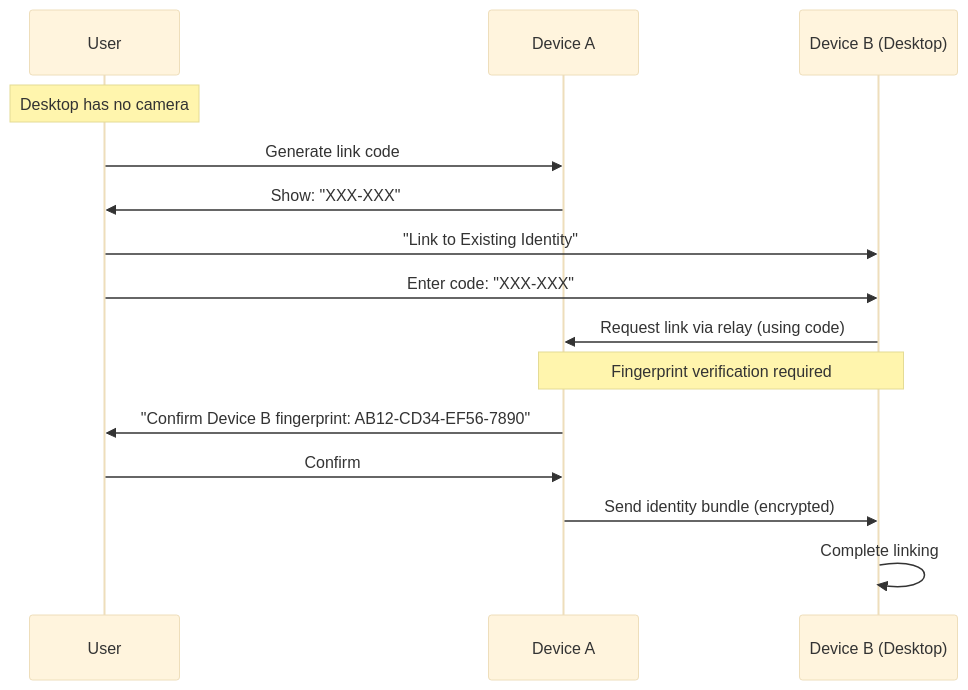
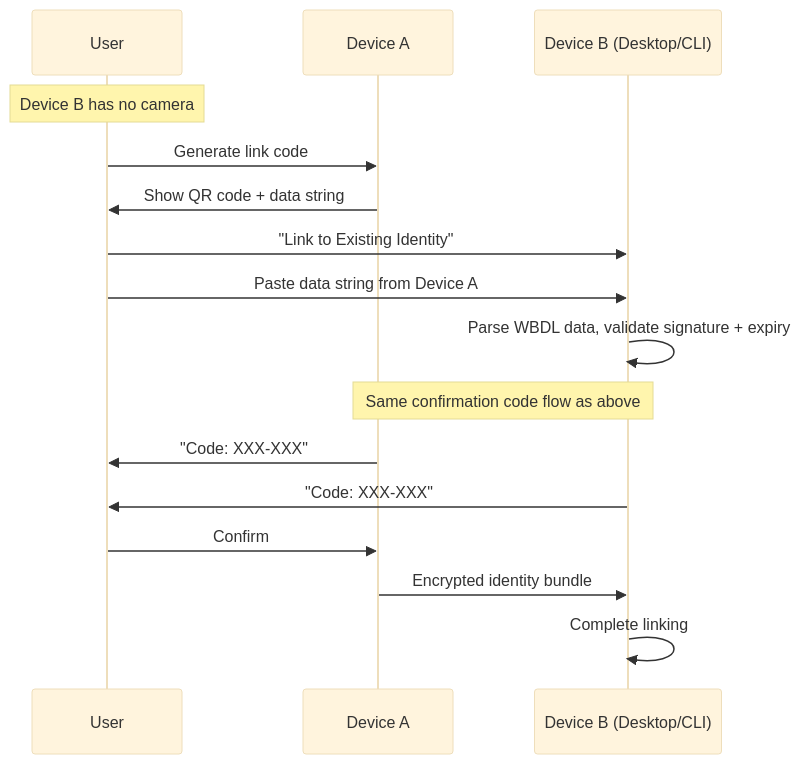
One commit to vauchi/docs changed the second of 3 diagrams in docs/developers/diagrams/device-linking.md. Above: the diagram before and after it, drawn with Mermaid (base theme). The commit also changed other lines of this file and 2 other files, not shown here.

First line of the commit message:
docs: Update device linking documentation to match implementation

````diff
--- a/docs/developers/diagrams/device-linking.md
+++ b/docs/developers/diagrams/device-linking.md
@@ -156,22 +172,23 @@
 ```mermaid
 sequenceDiagram
     participant U as User
     participant DA as Device A
-    participant DB as Device B (Desktop)
+    participant DB as Device B (Desktop/CLI)
 
-    Note over U: Desktop has no camera
+    Note over U: Device B has no camera
 
     U->>DA: Generate link code
-    DA->>U: Show: "XXX-XXX"
+    DA->>U: Show QR code + data string
 
     U->>DB: "Link to Existing Identity"
-    U->>DB: Enter code: "XXX-XXX"
-    DB->>DA: Request link via relay (using code)
+    U->>DB: Paste data string from Device A
+    DB->>DB: Parse WBDL data, validate signature + expiry
 
-    Note over DA,DB: Fingerprint verification required
-    DA->>U: "Confirm Device B fingerprint: AB12-CD34-EF56-7890"
+    Note over DA,DB: Same confirmation code flow as above
+    DA->>U: "Code: XXX-XXX"
+    DB->>U: "Code: XXX-XXX"
     U->>DA: Confirm
 
-    DA->>DB: Send identity bundle (encrypted)
+    DA->>DB: Encrypted identity bundle
     DB->>DB: Complete linking
 ```
````
